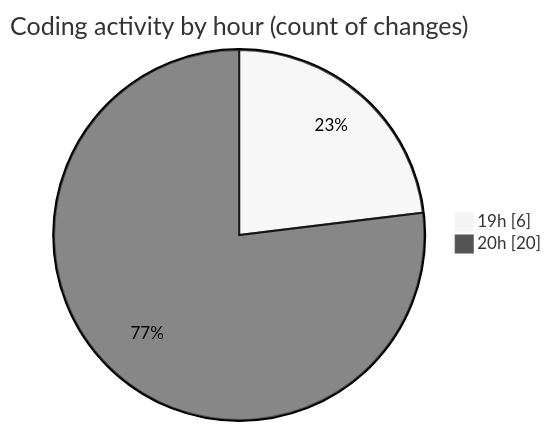
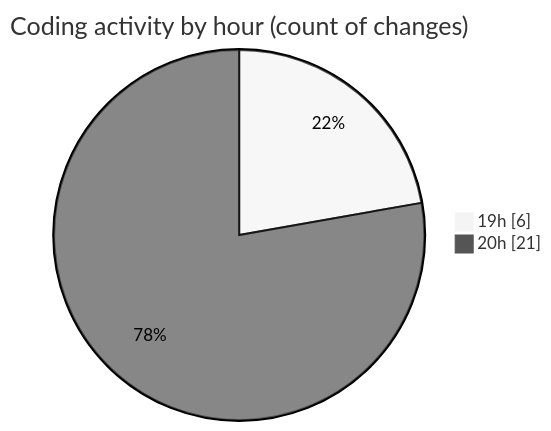
The second of 2 diagrams in 2025-04-23/heypy/README.md (Elitesun/code-tracking), drawn with Mermaid (neutral theme) before and after one commit. The commit also changed other lines of this file and 1 other file, not shown here.

````diff
--- a/2025-04-23/heypy/README.md
+++ b/2025-04-23/heypy/README.md
@@ -37,6 +37,6 @@
 ```mermaid
 pie showData
 title Coding activity by hour (count of changes)
 "19h" : 6
-"20h" : 20
+"20h" : 21
 ```
````
